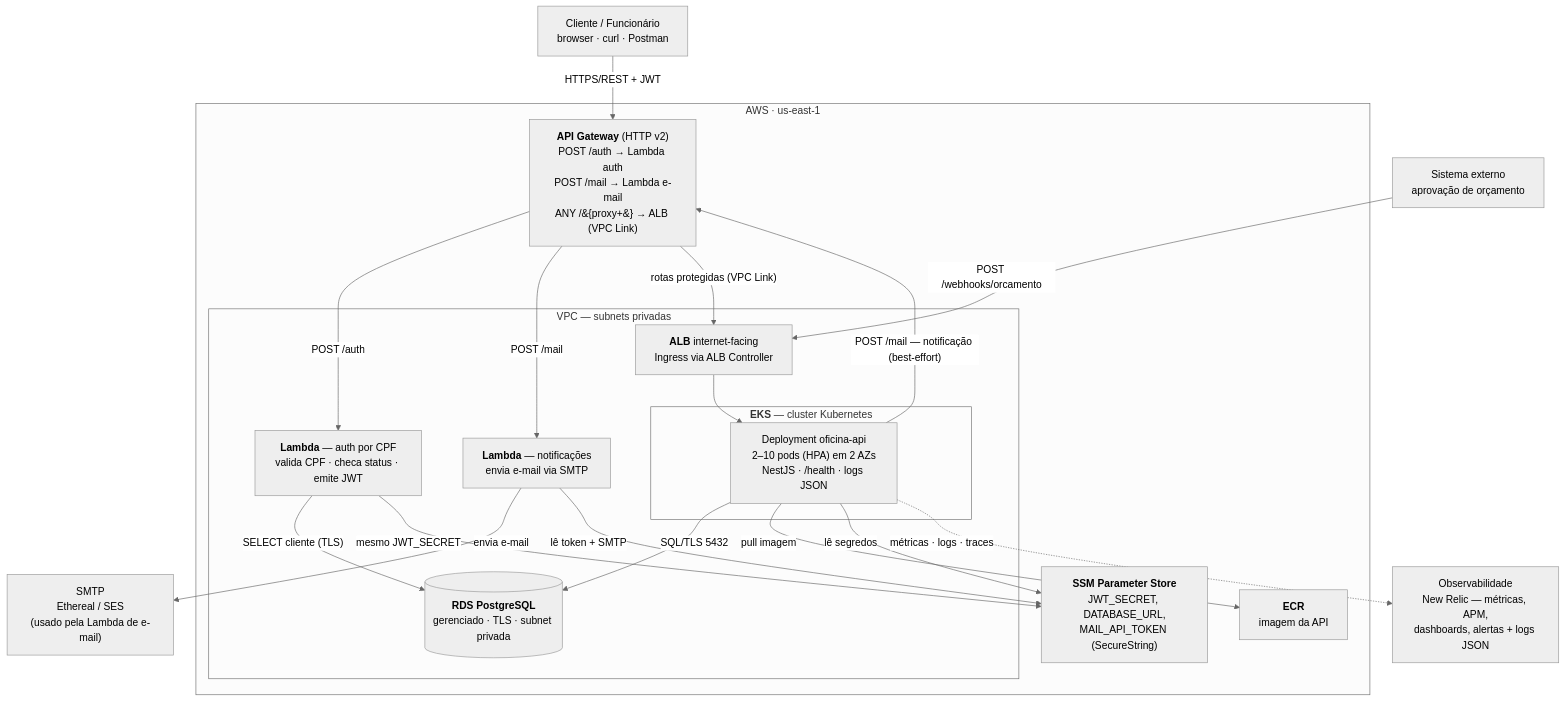
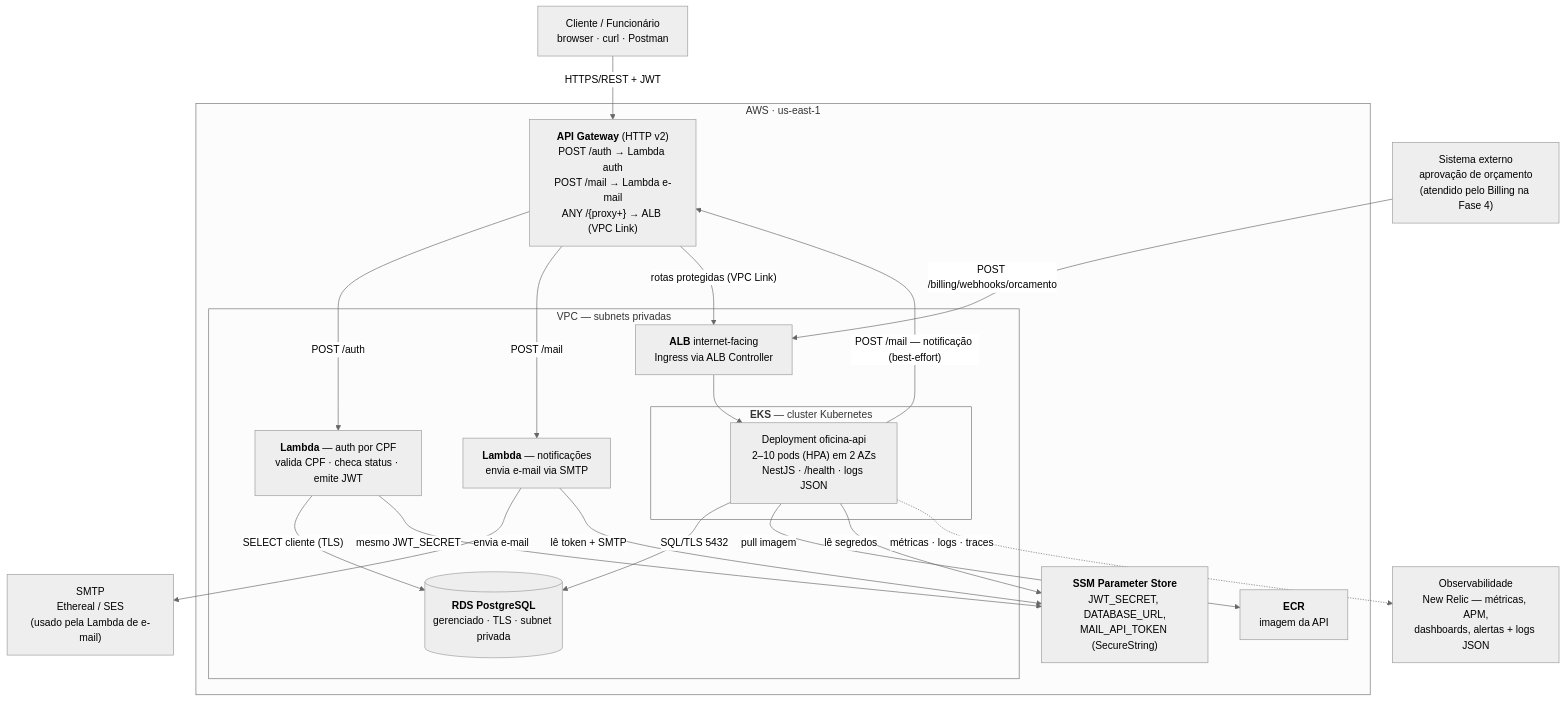
The fourth of 11 diagrams in README.md (LucasValada/tech-challenge-fiap), drawn with Mermaid (neutral theme) before and after one commit. The commit also changed other lines of this file and 25 other files, not shown here.

````diff
--- a/README.md
+++ b/README.md
@@ -99,41 +322,41 @@
 ```mermaid
 graph TB
     Cliente["Cliente / Funcionário<br/>browser · curl · Postman"]
-    Webhook["Sistema externo<br/>aprovação de orçamento"]
+    Webhook["Sistema externo<br/>aprovação de orçamento<br/>(atendido pelo Billing na Fase 4)"]
     SMTP["SMTP<br/>Ethereal / SES<br/>(usado pela Lambda de e-mail)"]
     Obs["Observabilidade<br/>New Relic — métricas, APM,<br/>dashboards, alertas + logs JSON"]
 
     subgraph AWS["AWS · us-east-1"]
-        GW["<b>API Gateway</b> (HTTP v2)<br/>POST /auth → Lambda auth<br/>POST /mail → Lambda e-mail<br/>ANY /&#123;proxy+&#125; → ALB (VPC Link)"]
+        GW["<b>API Gateway</b> (HTTP v2)<br/>POST /auth → Lambda auth<br/>POST /mail → Lambda e-mail<br/>ANY /#123;proxy+#125; → ALB (VPC Link)"]
         ECR["<b>ECR</b><br/>imagem da API"]
         SSM["<b>SSM Parameter Store</b><br/>JWT_SECRET, DATABASE_URL,<br/>MAIL_API_TOKEN (SecureString)"]
 
         subgraph VPC["VPC — subnets privadas"]
             LambdaAuth["<b>Lambda</b> — auth por CPF<br/>valida CPF · checa status · emite JWT"]
             LambdaMail["<b>Lambda</b> — notificações<br/>envia e-mail via SMTP"]
             ALB["<b>ALB</b> internet-facing<br/>Ingress via ALB Controller"]
 
             subgraph EKS["<b>EKS</b> — cluster Kubernetes"]
                 Pods["Deployment oficina-api<br/>2–10 pods (HPA) em 2 AZs<br/>NestJS · /health · logs JSON"]
             end
 
             RDS[("<b>RDS PostgreSQL</b><br/>gerenciado · TLS · subnet privada")]
         end
     end
 
     Cliente -->|"HTTPS/REST + JWT"| GW
     GW -->|"POST /auth"| LambdaAuth
     GW -->|"POST /mail"| LambdaMail
     GW -->|"rotas protegidas (VPC Link)"| ALB
     ALB --> Pods
     LambdaAuth -->|"SELECT cliente (TLS)"| RDS
     Pods -->|"SQL/TLS 5432"| RDS
     Pods -->|"pull imagem"| ECR
     Pods -->|"lê segredos"| SSM
     LambdaAuth -->|"mesmo JWT_SECRET"| SSM
     Pods -->|"POST /mail — notificação (best-effort)"| GW
     LambdaMail -->|"envia e-mail"| SMTP
     LambdaMail -->|"lê token + SMTP"| SSM
-    Webhook -->|"POST /webhooks/orcamento"| ALB
+    Webhook -->|"POST /billing/webhooks/orcamento"| ALB
     Pods -.->|"métricas · logs · traces"| Obs
 ```
````
